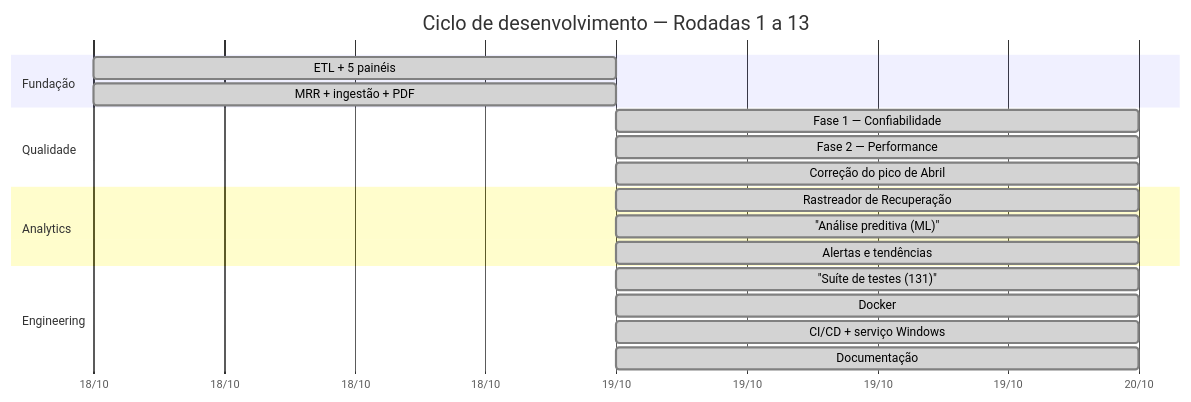
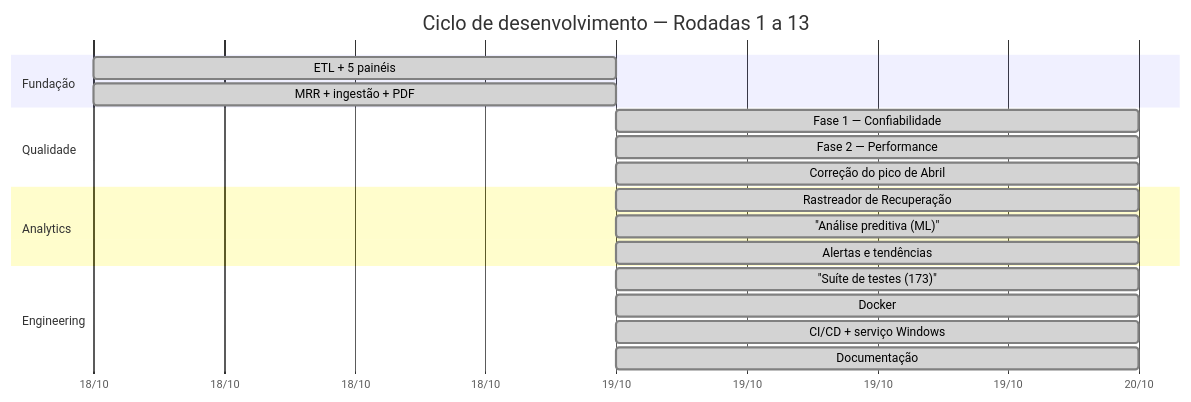
One commit to LCS87/dashboads03 changed the second of 3 diagrams in README.md. Above: the diagram before and after it, drawn with Mermaid. The commit also changed other lines of this file and 31 other files, not shown here.

````diff
--- a/README.md
+++ b/README.md
@@ -1144,23 +1296,23 @@
 ```mermaid
 gantt
     title Ciclo de desenvolvimento — Rodadas 1 a 13
     dateFormat YYYY-MM-DD
     axisFormat %d/%m
 
     section Fundação
     ETL + 5 painéis           :done, r1, 2026-10-18, 1d
     MRR + ingestão + PDF      :done, r2, 2026-10-18, 1d
     section Qualidade
     Fase 1 — Confiabilidade    :done, r3, 2026-10-19, 1d
     Fase 2 — Performance       :done, r4, 2026-10-19, 1d
     Correção do pico de Abril  :done, r5, 2026-10-19, 1d
     section Analytics
     Rastreador de Recuperação  :done, r7, 2026-10-19, 1d
     "Análise preditiva (ML)"    :done, r11, 2026-10-19, 1d
     Alertas e tendências        :done, r12, 2026-10-19, 1d
     section Engineering
-    "Suíte de testes (131)"     :done, r8, 2026-10-19, 1d
+    "Suíte de testes (173)"     :done, r8, 2026-10-19, 1d
     Docker                     :done, r9, 2026-10-19, 1d
     CI/CD + serviço Windows    :done, r13, 2026-10-19, 1d
     Documentação               :done, r6, 2026-10-19, 1d
 ```
````
